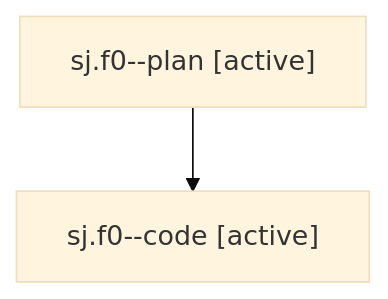
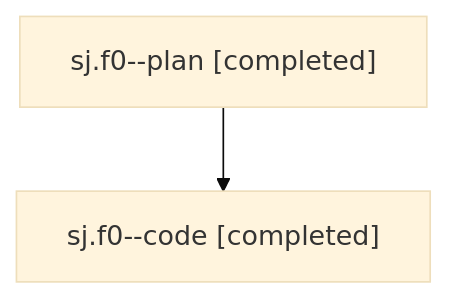
The diagram in families/bbugyi200.athena.sj.f0.md (bobs-org/bob-cli--agents), drawn with Mermaid (base theme) before and after one commit. The commit also changed other lines of this file and 30 other files, not shown here.

````diff
--- a/families/bbugyi200.athena.sj.f0.md
+++ b/families/bbugyi200.athena.sj.f0.md
@@ -9,6 +9,6 @@
 ```mermaid
 flowchart TD
-  n0["sj.f0--plan [active]"]
-  n1["sj.f0--code [active]"]
+  n0["sj.f0--plan [completed]"]
+  n1["sj.f0--code [completed]"]
   n0 --> n1
 ```
````
